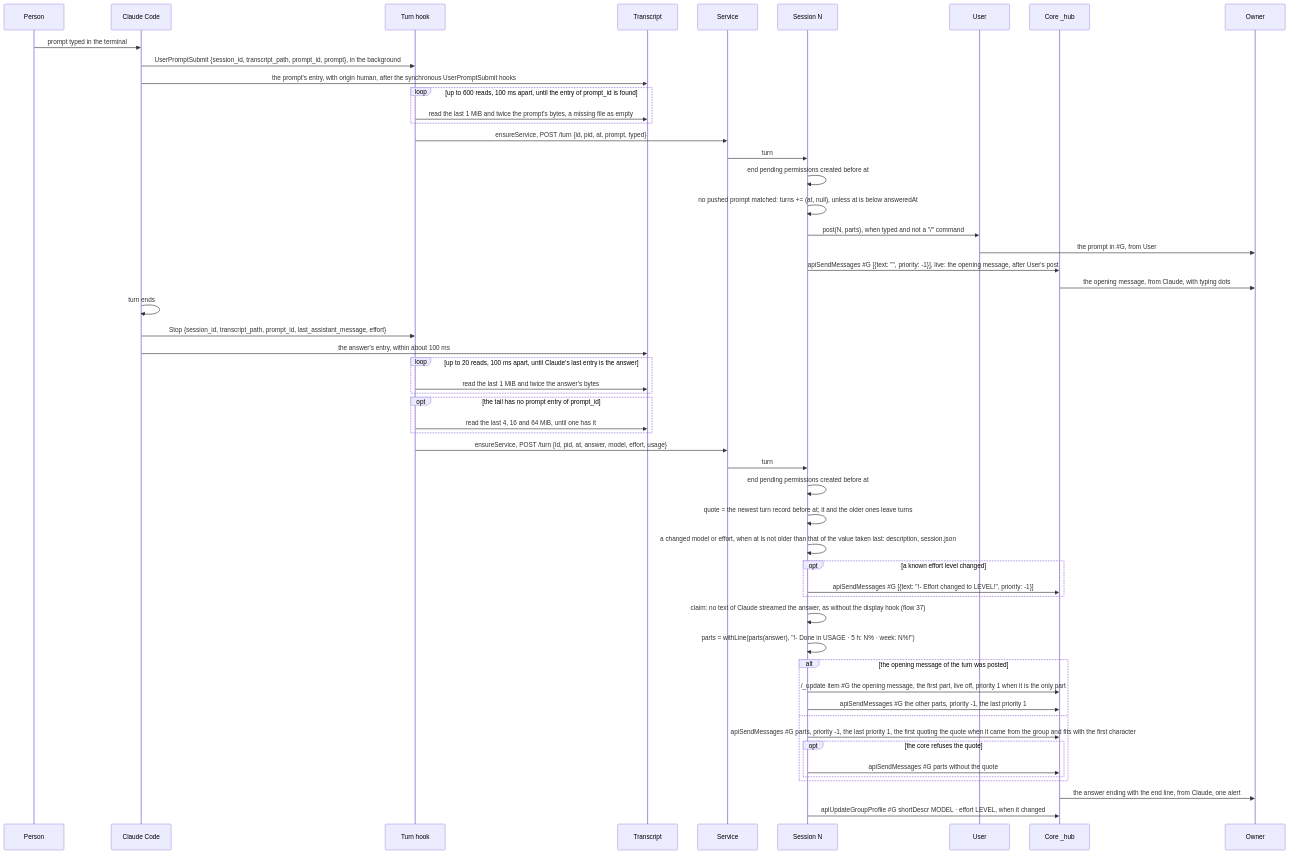
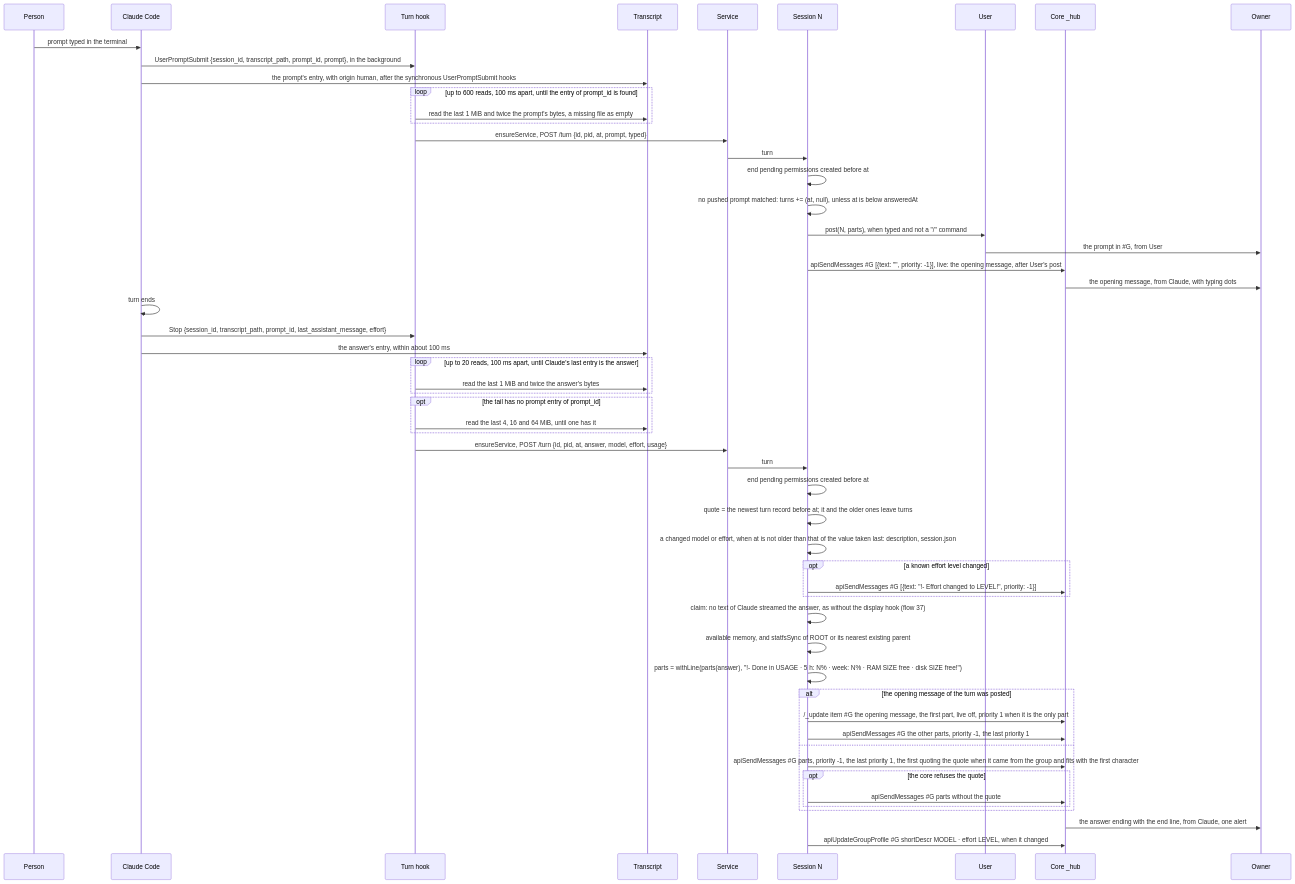
One commit to evgeny-simplex/simplex-chat changed diagram 21 of 39 in packages/simplex-chat-mcp/spec/flows.md. Above: the diagram before and after it, drawn with Mermaid. The commit also changed other lines of this file and 10 other files, not shown here.

Commit message:
mcp: free memory and disk in the end line of answers

````diff
--- a/packages/simplex-chat-mcp/spec/flows.md
+++ b/packages/simplex-chat-mcp/spec/flows.md
@@ -977,56 +977,57 @@
 ```mermaid
 sequenceDiagram
   participant P as Person
   participant CC as Claude Code
   participant HK as Turn hook
   participant T as Transcript
   participant D as Service
   participant N as Session N
   participant U as User
   participant C as Core _hub
   participant O as Owner
   P->>CC: prompt typed in the terminal
   CC->>HK: UserPromptSubmit {session_id, transcript_path, prompt_id, prompt}, in the background
   CC->>T: the prompt's entry, with origin human, after the synchronous UserPromptSubmit hooks
   loop up to 600 reads, 100 ms apart, until the entry of prompt_id is found
     HK->>T: read the last 1 MiB and twice the prompt's bytes, a missing file as empty
   end
   HK->>D: ensureService, POST /turn {id, pid, at, prompt, typed}
   D->>N: turn
   N->>N: end pending permissions created before at
   N->>N: no pushed prompt matched: turns += (at, null), unless at is below answeredAt
   N->>U: post(N, parts), when typed and not a "/" command
   U->>O: the prompt in #35;G, from User
   N->>C: apiSendMessages #35;G [{text: "", priority: -1}], live: the opening message, after User's post
   C->>O: the opening message, from Claude, with typing dots
   CC->>CC: turn ends
   CC->>HK: Stop {session_id, transcript_path, prompt_id, last_assistant_message, effort}
   CC->>T: the answer's entry, within about 100 ms
   loop up to 20 reads, 100 ms apart, until Claude's last entry is the answer
     HK->>T: read the last 1 MiB and twice the answer's bytes
   end
   opt the tail has no prompt entry of prompt_id
     HK->>T: read the last 4, 16 and 64 MiB, until one has it
   end
   HK->>D: ensureService, POST /turn {id, pid, at, answer, model, effort, usage}
   D->>N: turn
   N->>N: end pending permissions created before at
   N->>N: quote = the newest turn record before at#59; it and the older ones leave turns
   N->>N: a changed model or effort, when at is not older than that of the value taken last: description, session.json
   opt a known effort level changed
     N->>C: apiSendMessages #35;G [{text: "!- Effort changed to LEVEL!", priority: -1}]
   end
   N->>N: claim: no text of Claude streamed the answer, as without the display hook (flow 37)
-  N->>N: parts = withLine(parts(answer), "!- Done in USAGE · 5 h: N% · week: N%!")
+  N->>N: available memory, and statfsSync of ROOT or its nearest existing parent
+  N->>N: parts = withLine(parts(answer), "!- Done in USAGE · 5 h: N% · week: N% · RAM SIZE free · disk SIZE free!")
   alt the opening message of the turn was posted
     N->>C: /_update item #35;G the opening message, the first part, live off, priority 1 when it is the only part
     N->>C: apiSendMessages #35;G the other parts, priority -1, the last priority 1
   else
     N->>C: apiSendMessages #35;G parts, priority -1, the last priority 1, the first quoting the quote when it came from the group and fits with the first character
     opt the core refuses the quote
       N->>C: apiSendMessages #35;G parts without the quote
     end
   end
   C->>O: the answer ending with the end line, from Claude, one alert
   N->>C: apiUpdateGroupProfile #35;G shortDescr MODEL · effort LEVEL, when it changed
 ```
````
